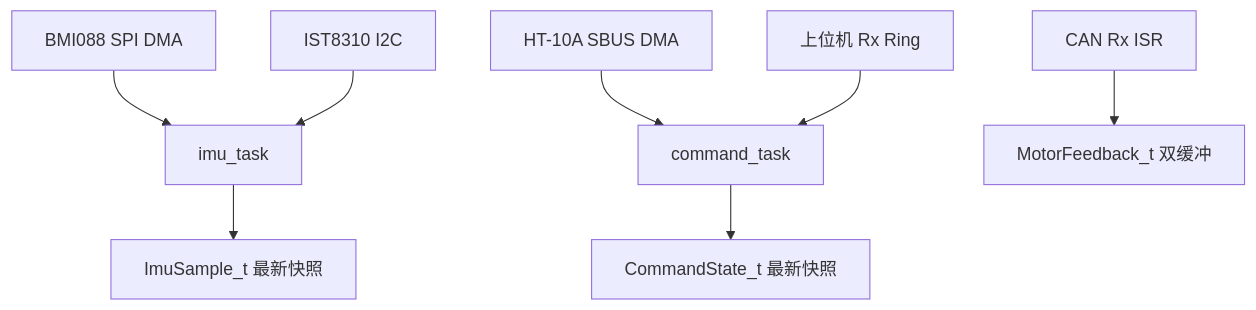
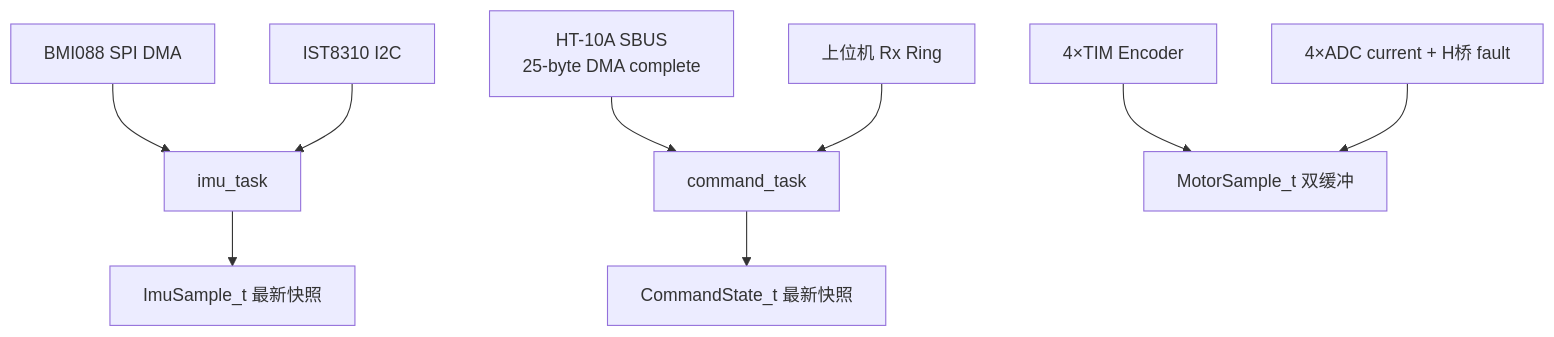
One commit to JosephQ47/Home_robot changed diagram 22 of 32 in 家庭服务机器人技术方案.md. Above: the diagram before and after it, drawn with Mermaid. The commit also changed other lines of this file, not shown here.

````diff
--- a/家庭服务机器人技术方案.md
+++ b/家庭服务机器人技术方案.md
@@ -1130,10 +1305,11 @@
 ```mermaid
 flowchart TB
   BMI["BMI088 SPI DMA"] --> IMUT["imu_task"]
   MAG["IST8310 I2C"] --> IMUT
   IMUT --> IDATA["ImuSample_t 最新快照"]
-  SBUS["HT-10A SBUS DMA"] --> CMD["command_task"]
+  SBUS["HT-10A SBUS<br/>25-byte DMA complete"] --> CMD["command_task"]
   UPLINK["上位机 Rx Ring"] --> CMD
   CMD --> CDATA["CommandState_t 最新快照"]
-  CANRX["CAN Rx ISR"] --> MDATA["MotorFeedback_t 双缓冲"]
+  ENC["4×TIM Encoder"] --> MDATA["MotorSample_t 双缓冲"]
+  CUR["4×ADC current + H桥 fault"] --> MDATA
 ```
````
